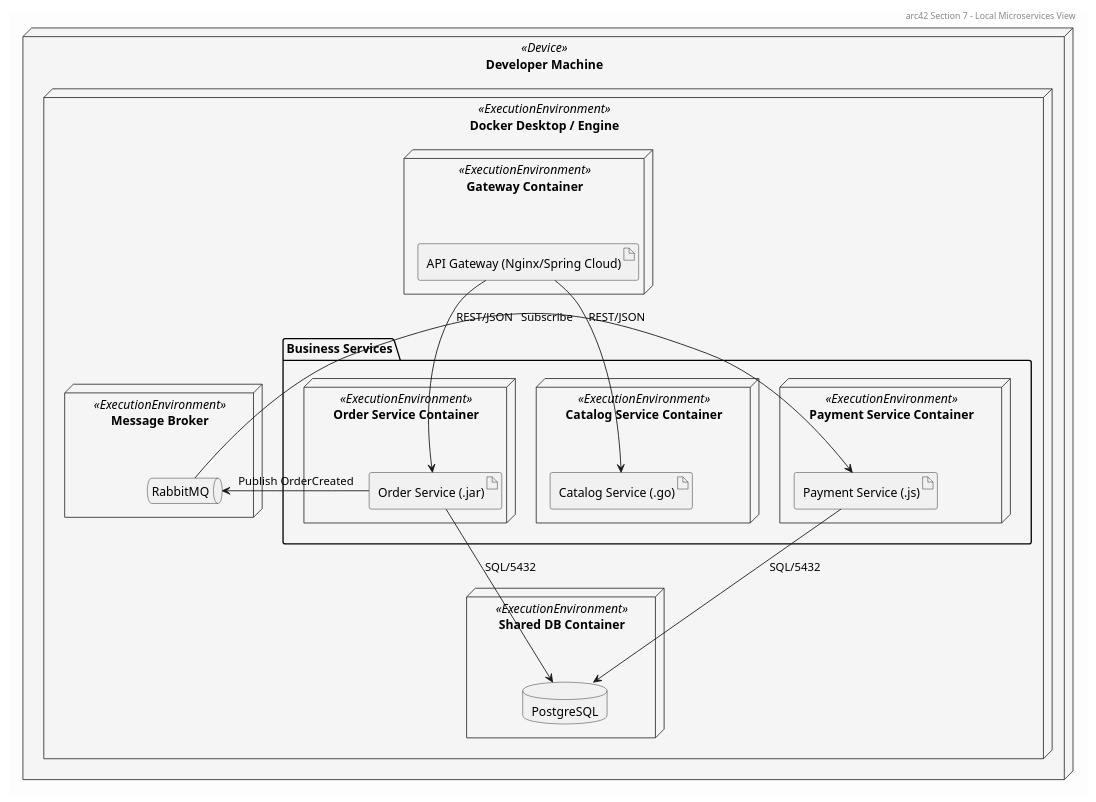
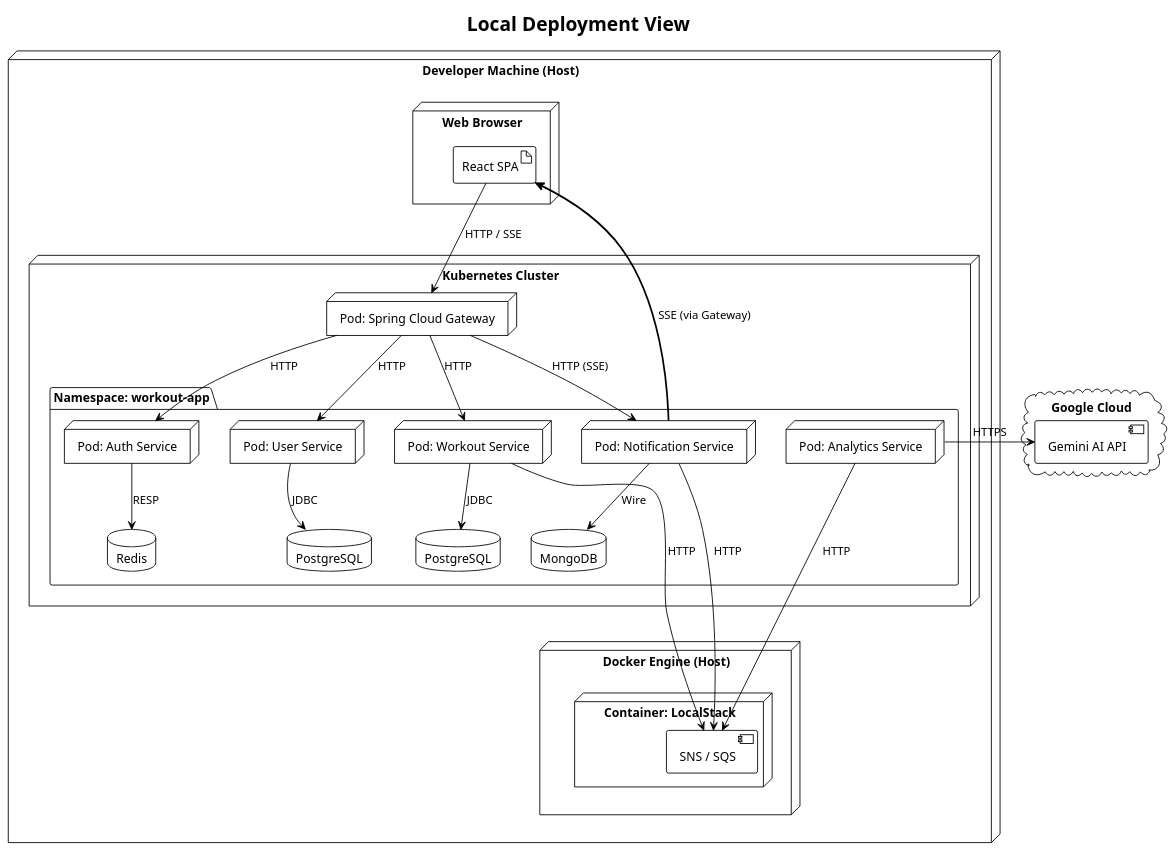
Before and after one commit to apratt3377/fitness-tracker: the diagram in arc42/images/deployment.puml, drawn with PlantUML. The commit also changed 44 other files, not shown here.

```diff
--- a/arc42/images/deployment.puml
+++ b/arc42/images/deployment.puml
@@ -1,56 +1,74 @@
 @startuml
-skinparam backgroundColor #fdfdfd
-skinparam shadowing false
-skinparam node {
-    BackgroundColor #f5f5f5
-    BorderColor #333333
-}
+!theme plain
+skinparam ranksep 50
+title Local Deployment View
 
-header arc42 Section 7 - Local Microservices View
+node "Developer Machine (Host)" {
 
-node "Developer Machine" <<Device>> as host {
+    node "Web Browser" as browser {
+        artifact "React SPA" as react_app
+    }
 
-    node "Docker Desktop / Engine" <<ExecutionEnvironment>> as docker {
+    node "Kubernetes Cluster" as k8s {
+        node "Pod: Spring Cloud Gateway" as p_gateway
         
-        ' API Gateway / Entry Point
-        node "Gateway Container" <<ExecutionEnvironment>> as gw_node {
-            artifact "API Gateway (Nginx/Spring Cloud)" as gateway
+        package "Namespace: workout-app" {
+            ' Logical Order: Identity -> Core Domain -> Analysis -> Messaging
+            node "Pod: User Service" as p_us
+            node "Pod: Auth Service" as p_auth
+            node "Pod: Workout Service" as p_ws
+            node "Pod: Analytics Service" as p_as
+            node "Pod: Notification Service" as p_ns
+
+            ' Databases tucked directly below their parents
+            database "PostgreSQL" as db_us
+            database "Redis" as db_auth
+            database "PostgreSQL" as db_ws
+            database "MongoDB" as db_ns
         }
+    }
 
-        ' Microservices Group
-        package "Business Services" {
-            node "Order Service Container" <<ExecutionEnvironment>> as order_node {
-                artifact "Order Service (.jar)" as order_svc
-            }
-            
-            node "Payment Service Container" <<ExecutionEnvironment>> as payment_node {
-                artifact "Payment Service (.js)" as payment_svc
-            }
-            
-            node "Catalog Service Container" <<ExecutionEnvironment>> as catalog_node {
-                artifact "Catalog Service (.go)" as catalog_svc
-            }
-        }
-
-        ' Data Layer
-        node "Shared DB Container" <<ExecutionEnvironment>> as db_node {
-            database "PostgreSQL" as db
-        }
-        
-        node "Message Broker" <<ExecutionEnvironment>> as rabbit_node {
-            queue "RabbitMQ" as event_bus
+    node "Docker Engine (Host)" as docker {
+        node "Container: LocalStack" as ls {
+            component [SNS / SQS] as ls_engine
         }
     }
 }
 
-' Communication paths
-gateway -down-> order_svc : REST/JSON
-gateway -down-> catalog_svc : REST/JSON
+cloud "Google Cloud" as gcp {
+    component [Gemini AI API] as gemini
+}
 
-order_svc -right-> event_bus : Publish OrderCreated
-payment_svc <-left- event_bus : Subscribe
+' --- FORCED VERTICAL SPINE (Now on User Service for layout stability) ---
+browser -[hidden]down-> p_gateway
+p_gateway -[hidden]down-> p_us
+p_us -[hidden]down-> db_us
+db_us -[hidden]down-> docker
 
-order_svc -down-> db : SQL/5432
-payment_svc -down-> db : SQL/5432
+' --- TRAFFIC FLOWS ---
+
+' Entry
+react_app -down-> p_gateway : HTTP / SSE
+
+' Gateway to Services
+p_gateway -down-> p_us : HTTP
+p_gateway -down-> p_auth : HTTP
+p_gateway -down-> p_ws : HTTP
+p_gateway -down-> p_ns : HTTP (SSE)
+
+' Database Connections
+p_us -down-> db_us : JDBC
+p_auth -down-> db_auth : RESP
+p_ws -down-> db_ws : JDBC
+p_ns -down-> db_ns : Wire
+
+' Messaging (Service -> LocalStack)
+p_ws -down-> ls_engine : HTTP
+p_as -down-> ls_engine : HTTP
+p_ns -down-> ls_engine : HTTP
+
+' External and Push
+p_as -right-> gemini : HTTPS
+p_ns -[thickness=2]up-> react_app : SSE (via Gateway)
 
 @enduml
```
